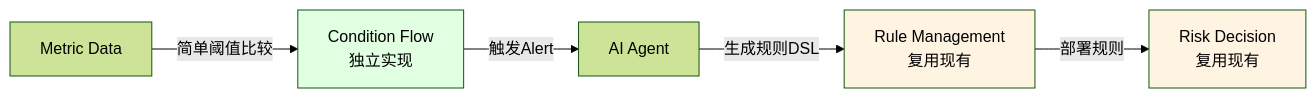
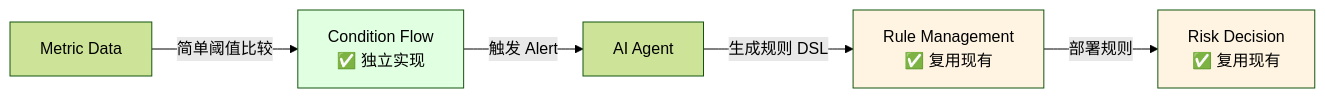
The ninth of 13 diagrams in AlertSystemDesign_CN.md (smarttttttt/AwxSentinel), drawn with Mermaid (forest theme) before and after one commit. The commit also changed other lines of this file and 1 other file, not shown here.

````diff
--- a/AlertSystemDesign_CN.md
+++ b/AlertSystemDesign_CN.md
@@ -969,11 +694,11 @@
 ```mermaid
 graph LR
-    A[Metric Data] -->|简单阈值比较| B[Condition Flow<br/>独立实现]
-    B -->|触发Alert| C[AI Agent]
-    C -->|生成规则DSL| D[Rule Management<br/>复用现有]
-    D -->|部署规则| E[Risk Decision<br/>复用现有]
+    A[Metric Data] -->|简单阈值比较| B[Condition Flow<br/>✅ 独立实现]
+    B -->|触发 Alert| C[AI Agent]
+    C -->|生成规则 DSL| D[Rule Management<br/>✅ 复用现有]
+    D -->|部署规则| E[Risk Decision<br/>✅ 复用现有]
 
     style B fill:#e1ffe1
     style D fill:#fff4e1
     style E fill:#fff4e1
 ```
````
